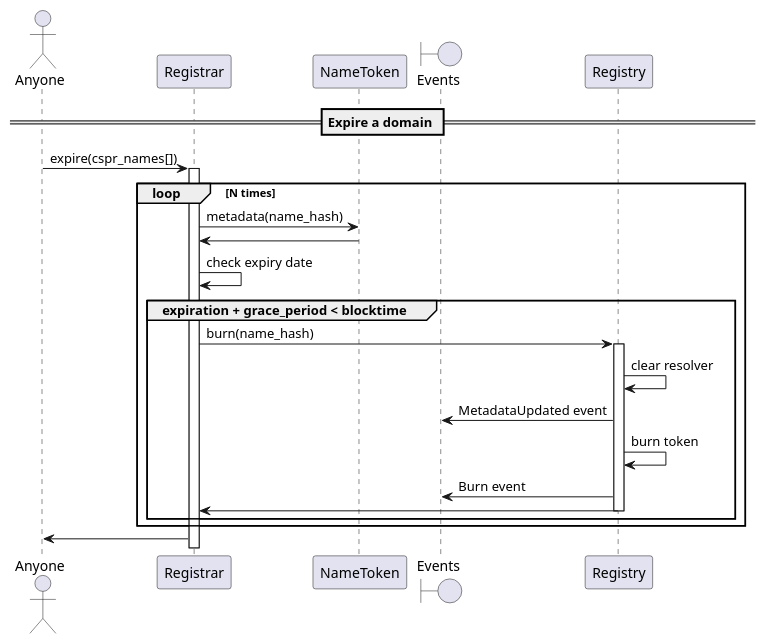
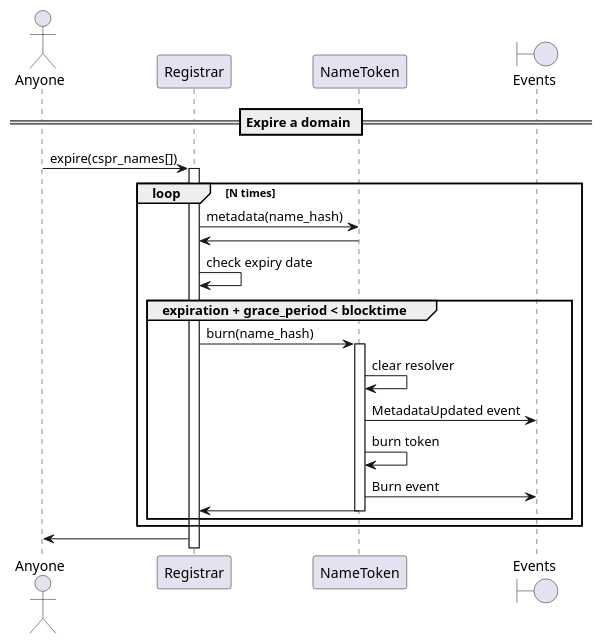
One commit to make-software/cspr-name-contracts changed the diagram in docs/sequence-diagrams/puml/expire-domain.puml. Above: the diagram before and after it, drawn with PlantUML. The commit also changed 14 other files, not shown here.

Commit message:
Renamed Registry contract with NameToken in the sequence diagrams. (part 2)

```diff
--- a/docs/sequence-diagrams/puml/expire-domain.puml
+++ b/docs/sequence-diagrams/puml/expire-domain.puml
@@ -1,32 +1,32 @@
 @startuml
 'https://plantuml.com/sequence-diagram
 
 'autonumber
 actor "Anyone"
 participant "Registrar"
 participant "NameToken"
 boundary "Events"
 
 == Expire a domain ==
 
 "Anyone" -> "Registrar": expire(cspr_names[])
 activate Registrar
 loop N times
     Registrar -> NameToken: metadata(name_hash)
     NameToken -> Registrar
     Registrar -> Registrar: check expiry date
     group expiration + grace_period < blocktime
-        Registrar -> Registry: burn(name_hash)
-        activate Registry
-        Registry -> Registry: clear resolver
-        Registry -> "Events": MetadataUpdated event
-        Registry -> Registry: burn token
-        Registry -> "Events": Burn event
-        Registry -> Registrar
-        deactivate Registry
+        Registrar -> NameToken: burn(name_hash)
+        activate NameToken
+        NameToken -> NameToken: clear resolver
+        NameToken -> "Events": MetadataUpdated event
+        NameToken -> NameToken: burn token
+        NameToken -> "Events": Burn event
+        NameToken -> Registrar
+        deactivate NameToken
     end
 end
 
 Registrar -> "Anyone"
 
 @enduml
```
